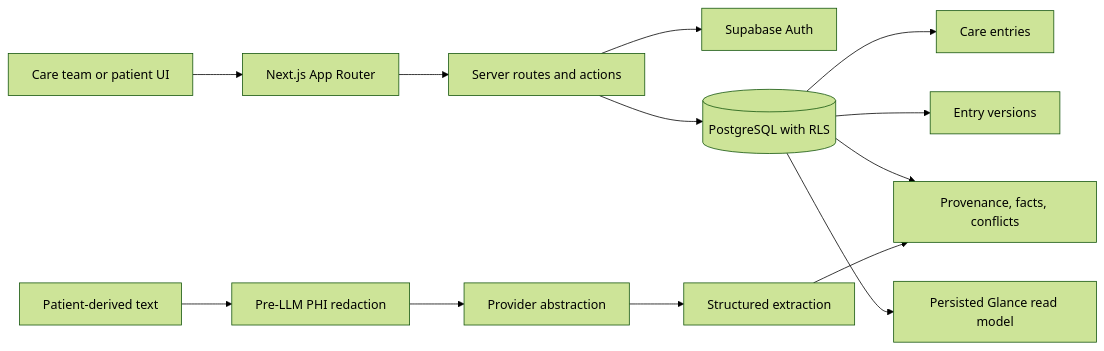
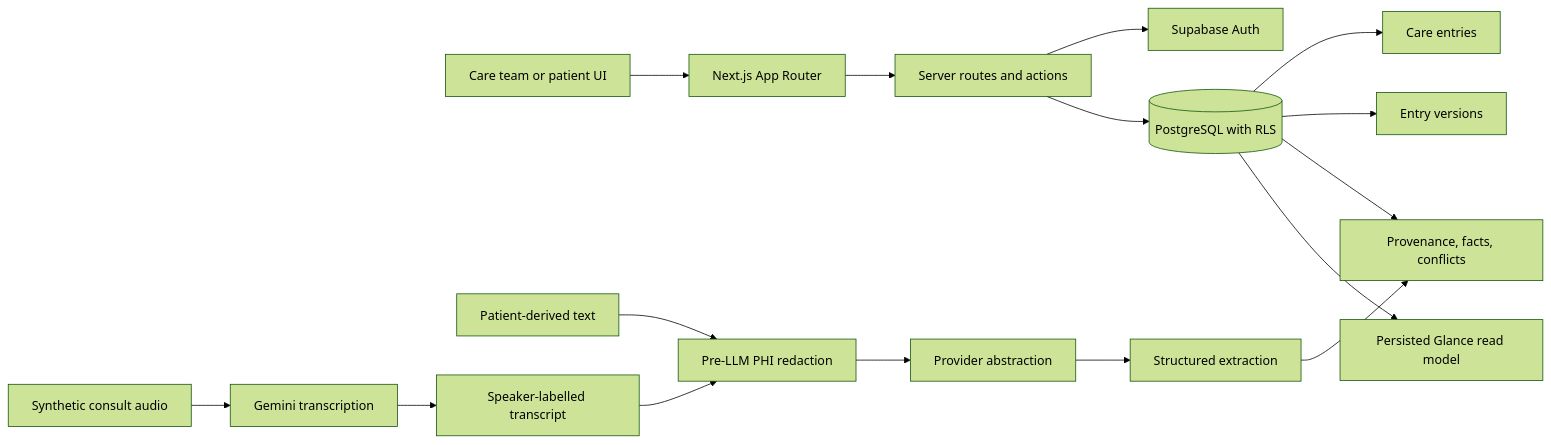
Before and after one commit to cccyany/nightingale-carenote: the first of 2 diagrams in docs/technical-brief.md, drawn with Mermaid (forest theme). The commit also changed other lines of this file and 7 other files, not shown here.

````diff
--- a/docs/technical-brief.md
+++ b/docs/technical-brief.md
@@ -9,15 +9,18 @@
 ```mermaid
 flowchart LR
   Browser[Care team or patient UI] --> Next[Next.js App Router]
   Next --> Routes[Server routes and actions]
   Routes --> Auth[Supabase Auth]
   Routes --> RLS[(PostgreSQL with RLS)]
   RLS --> Timeline[Care entries]
   RLS --> Versions[Entry versions]
   RLS --> Trust[Provenance, facts, conflicts]
   RLS --> Glance[Persisted Glance read model]
-  Raw[Patient-derived text] --> Redaction[Pre-LLM PHI redaction]
+  Text[Patient-derived text] --> Redaction[Pre-LLM PHI redaction]
   Redaction --> AI[Provider abstraction]
+  Audio[Synthetic consult audio] --> ASR[Gemini transcription]
+  ASR --> Transcript[Speaker-labelled transcript]
+  Transcript --> Redaction
   AI --> Extraction[Structured extraction]
   Extraction --> Trust
 ```
````
